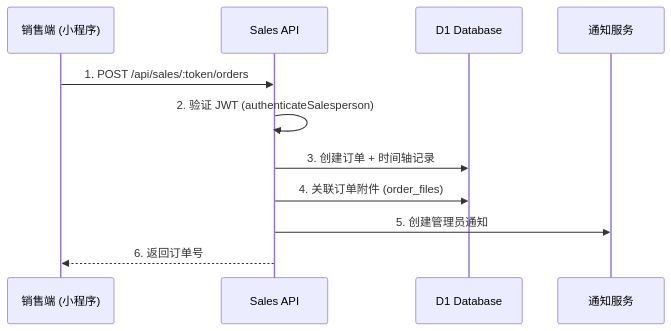
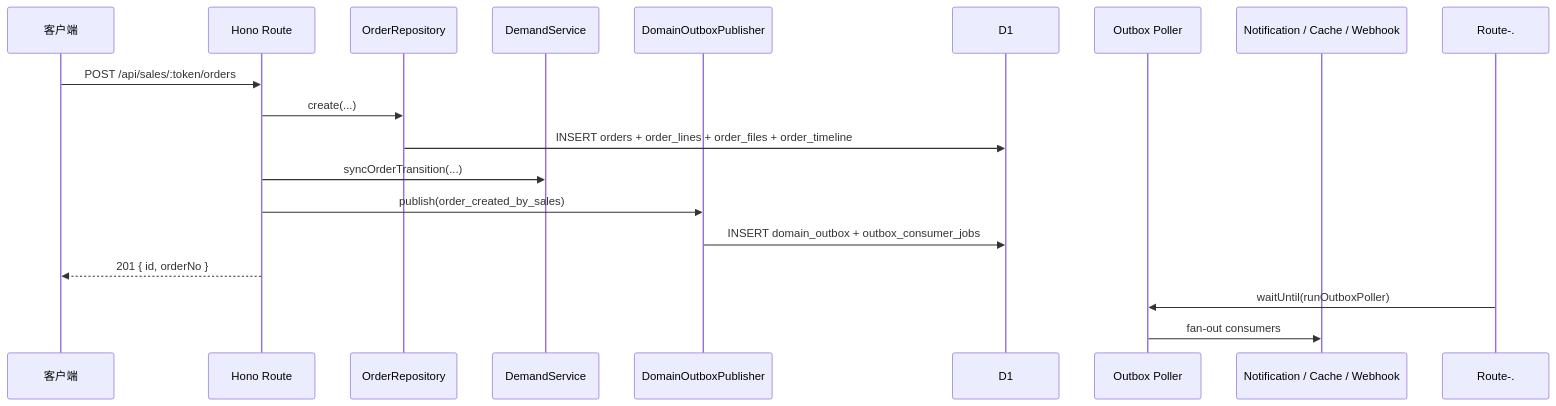
One commit to lelouch0823/KK-Image changed the third of 3 diagrams in docs/architecture/system-overview.md. Above: the diagram before and after it, drawn with Mermaid. The commit also changed other lines of this file and 15 other files, not shown here.

Commit message:
docs: refresh order line and outbox architecture docs

````diff
--- a/docs/architecture/system-overview.md
+++ b/docs/architecture/system-overview.md
@@ -155,14 +154,21 @@
 ```mermaid
 sequenceDiagram
-    participant Sales as 销售端 (小程序)
-    participant API as Sales API
-    participant D1 as D1 Database
-    participant Notify as 通知服务
-    
-    Sales->>API: 1. POST /api/sales/:token/orders
-    API->>API: 2. 验证 JWT (authenticateSalesperson)
-    API->>D1: 3. 创建订单 + 时间轴记录
-    API->>D1: 4. 关联订单附件 (order_files)
-    API->>Notify: 5. 创建管理员通知
-    API-->>Sales: 6. 返回订单号
+    participant Client as 客户端
+    participant Route as Hono Route
+    participant Repo as OrderRepository
+    participant Demand as DemandService
+    participant Outbox as DomainOutboxPublisher
+    participant D1 as D1
+    participant Poller as Outbox Poller
+    participant SideFx as Notification / Cache / Webhook
+
+    Client->>Route: POST /api/sales/:token/orders
+    Route->>Repo: create(...)
+    Repo->>D1: INSERT orders + order_lines + order_files + order_timeline
+    Route->>Demand: syncOrderTransition(...)
+    Route->>Outbox: publish(order_created_by_sales)
+    Outbox->>D1: INSERT domain_outbox + outbox_consumer_jobs
+    Route-->>Client: 201 { id, orderNo }
+    Route-.->>Poller: waitUntil(runOutboxPoller)
+    Poller->>SideFx: fan-out consumers
 ```
````
